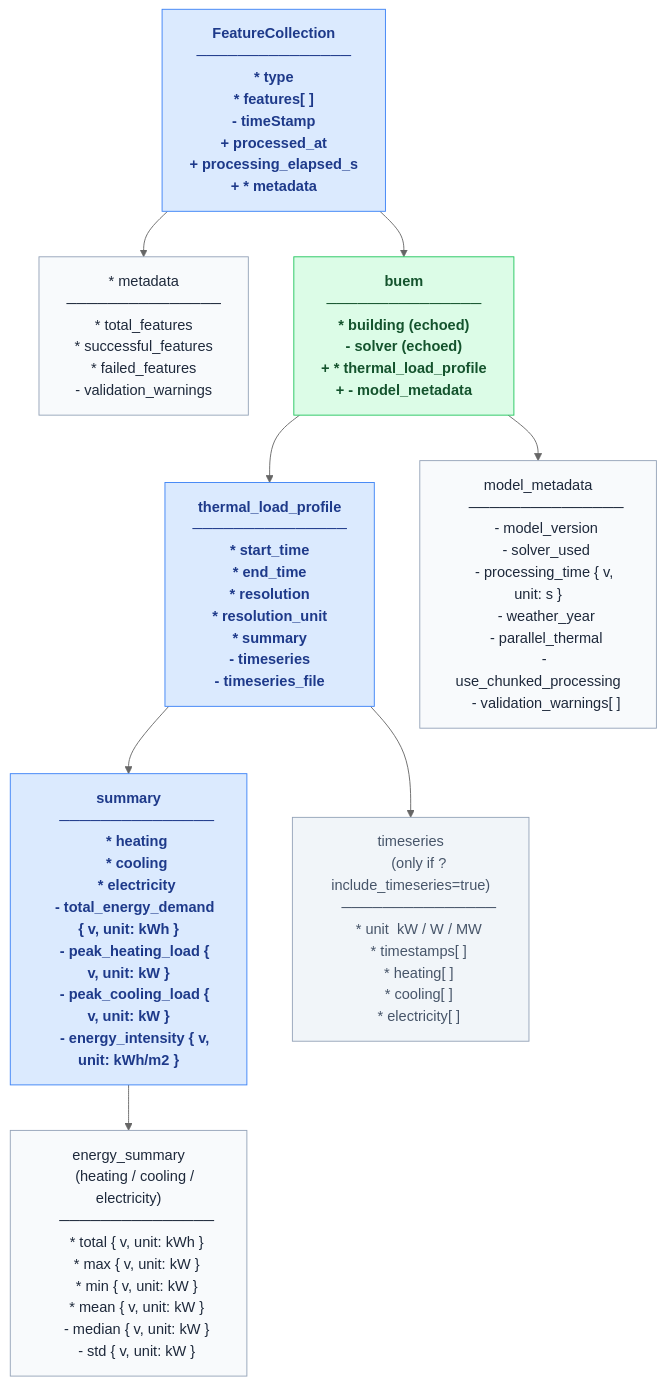
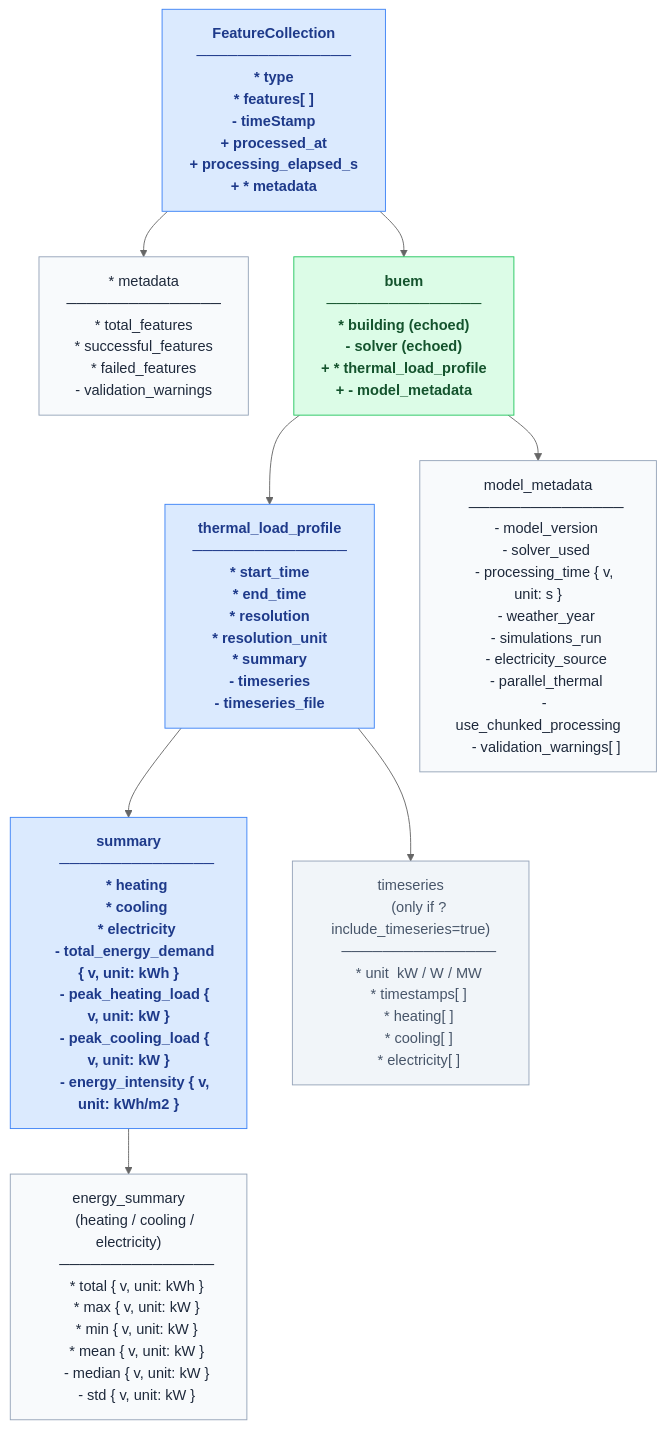
One commit to enerplanet/buem-gateway changed the third of 3 diagrams in SCHEMA_OVERVIEW.md. Above: the diagram before and after it, drawn with Mermaid (neutral theme). The commit also changed other lines of this file and 6 other files, not shown here.

First line of the commit message:
chore: cut v4.2.1 schema snapshot, fix stale versioning docs

```diff
--- a/SCHEMA_OVERVIEW.md
+++ b/SCHEMA_OVERVIEW.md
@@ -239,6 +245,8 @@
     - solver_used
     - processing_time { v, unit: s }
     - weather_year
+    - simulations_run
+    - electricity_source
     - parallel_thermal
     - use_chunked_processing
     - validation_warnings[ ]"]:::leaf
```
